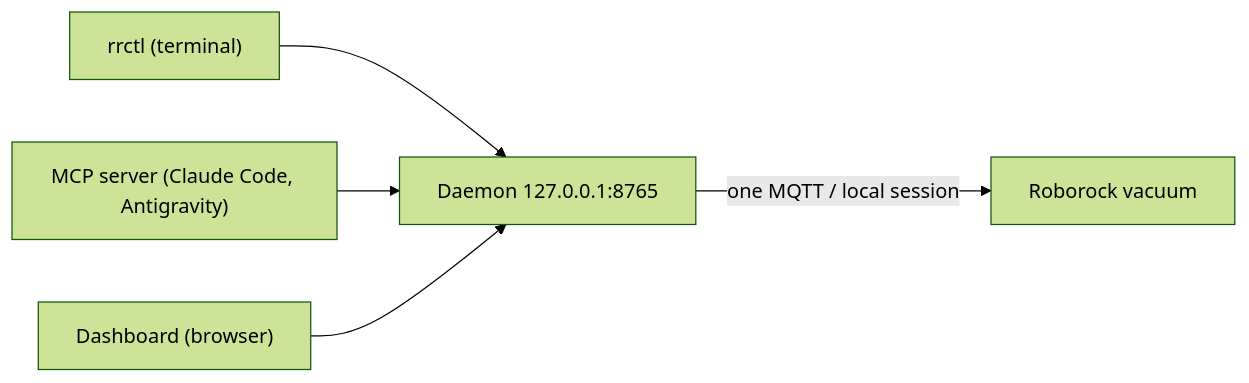
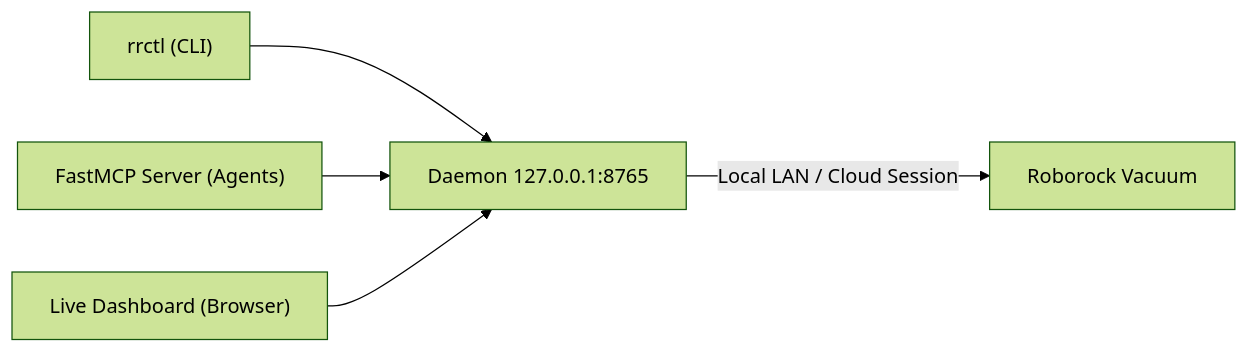
The diagram in README.md (VitruvianSoftware/mcp-roborock), drawn with Mermaid (forest theme) before and after one commit. The commit also changed other lines of this file and 5 other files, not shown here.

````diff
--- a/README.md
+++ b/README.md
@@ -9,7 +14,7 @@
 ```mermaid
 flowchart LR
-    cli["rrctl (terminal)"] --> daemon
-    mcp["MCP server (Claude Code, Antigravity)"] --> daemon
-    web["Dashboard (browser)"] --> daemon
-    daemon["Daemon 127.0.0.1:8765"] -- "one MQTT / local session" --> vacuum["Roborock vacuum"]
+    cli["rrctl (CLI)"] --> daemon
+    mcp["FastMCP Server (Agents)"] --> daemon
+    web["Live Dashboard (Browser)"] --> daemon
+    daemon["Daemon 127.0.0.1:8765"] -- "Local LAN / Cloud Session" --> vacuum["Roborock Vacuum"]
 ```
````
